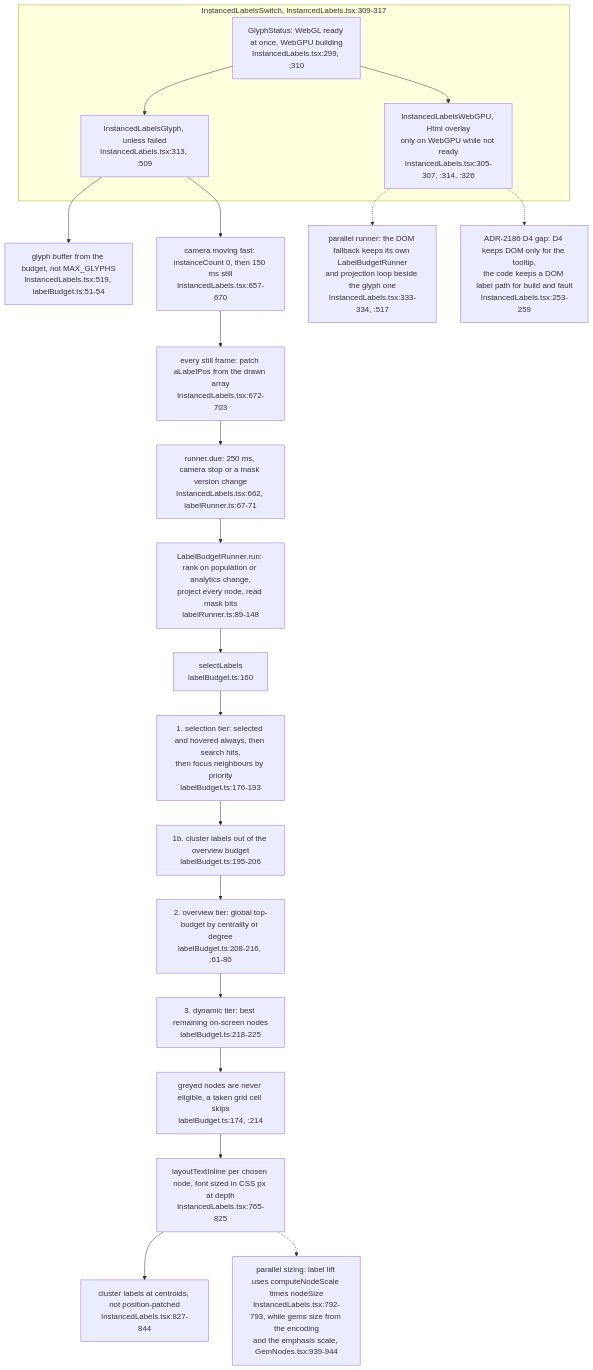
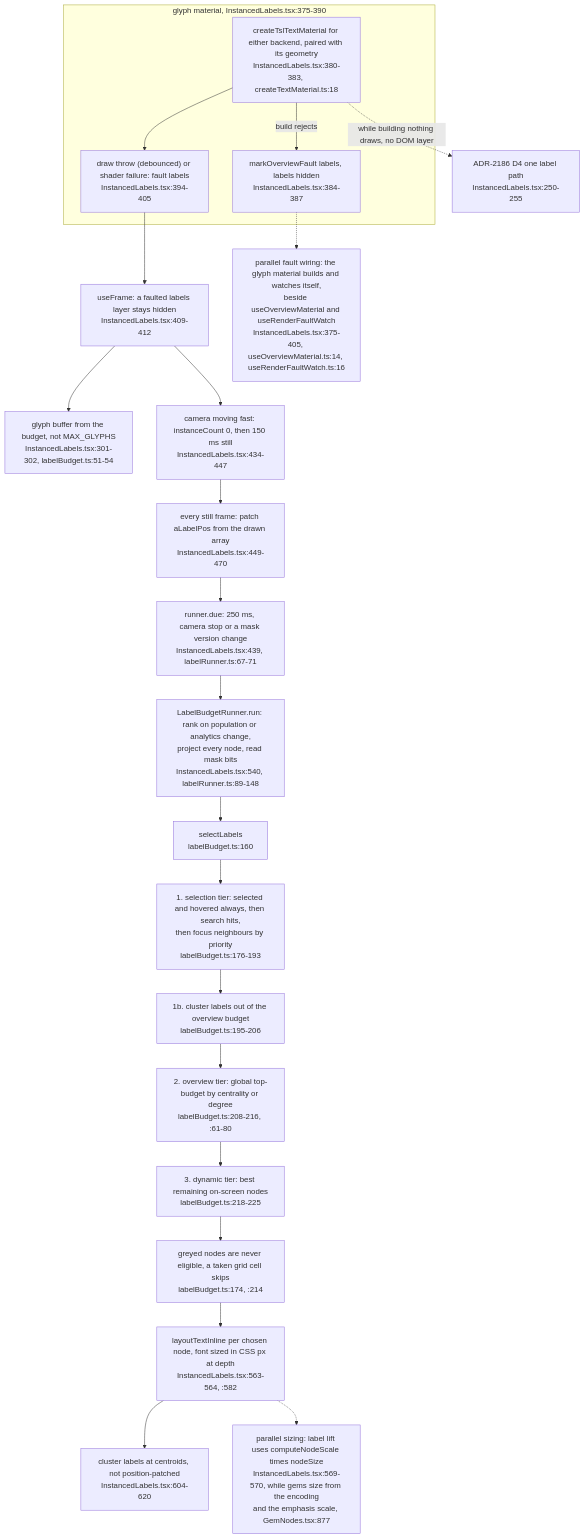
The third of 15 diagrams in docs/diagrams/visionclaw/31-client-graph-render-pipeline.md (DreamLab-AI/VisionFlow), drawn with Mermaid before and after one commit. The commit also changed other lines of this file and 46 other files, not shown here.

Commit message:
docs(diagrams): re-verify VisionClaw topics at 809a859aa/a950f4d80 after the consolidation pass

````diff
--- a/docs/diagrams/visionclaw/31-client-graph-render-pipeline.md
+++ b/docs/diagrams/visionclaw/31-client-graph-render-pipeline.md
@@ -220,24 +225,25 @@
 ```mermaid
 flowchart TB
-    subgraph SW["InstancedLabelsSwitch, InstancedLabels.tsx:309-317"]
-        ST["GlyphStatus: WebGL ready at once, WebGPU building<br/>InstancedLabels.tsx:299, :310"]
-        ST --> GLY["InstancedLabelsGlyph, unless failed<br/>InstancedLabels.tsx:313, :509"]
-        ST --> DOM["InstancedLabelsWebGPU, Html overlay<br/>only on WebGPU while not ready<br/>InstancedLabels.tsx:305-307, :314, :326"]
+    subgraph MATB["glyph material, InstancedLabels.tsx:375-390"]
+        BUILD["createTslTextMaterial for either backend, paired with its geometry<br/>InstancedLabels.tsx:380-383, createTextMaterial.ts:18"]
+        BUILD -->|"build rejects"| BF["markOverviewFault labels, labels hidden<br/>InstancedLabels.tsx:384-387"]
+        BUILD --> WATCH["draw throw (debounced) or shader failure: fault labels<br/>InstancedLabels.tsx:394-405"]
     end
-    GLY --> CAP["glyph buffer from the budget, not MAX_GLYPHS<br/>InstancedLabels.tsx:519, labelBudget.ts:51-54"]
-    GLY --> MOT["camera moving fast: instanceCount 0, then 150 ms still<br/>InstancedLabels.tsx:657-670"]
-    MOT --> PATCH["every still frame: patch aLabelPos from the drawn array<br/>InstancedLabels.tsx:672-703"]
-    PATCH --> DUE["runner.due: 250 ms, camera stop or a mask version change<br/>InstancedLabels.tsx:662, labelRunner.ts:67-71"]
-    DUE --> RUN["LabelBudgetRunner.run: rank on population or analytics change,<br/>project every node, read mask bits<br/>labelRunner.ts:89-148"]
+    WATCH --> GLY["useFrame: a faulted labels layer stays hidden<br/>InstancedLabels.tsx:409-412"]
+    BUILD -.->|"while building nothing draws, no DOM layer"| NOTE0["ADR-2186 D4 one label path<br/>InstancedLabels.tsx:250-255"]
+    GLY --> CAP["glyph buffer from the budget, not MAX_GLYPHS<br/>InstancedLabels.tsx:301-302, labelBudget.ts:51-54"]
+    GLY --> MOT["camera moving fast: instanceCount 0, then 150 ms still<br/>InstancedLabels.tsx:434-447"]
+    MOT --> PATCH["every still frame: patch aLabelPos from the drawn array<br/>InstancedLabels.tsx:449-470"]
+    PATCH --> DUE["runner.due: 250 ms, camera stop or a mask version change<br/>InstancedLabels.tsx:439, labelRunner.ts:67-71"]
+    DUE --> RUN["LabelBudgetRunner.run: rank on population or analytics change,<br/>project every node, read mask bits<br/>InstancedLabels.tsx:540, labelRunner.ts:89-148"]
     RUN --> SEL["selectLabels<br/>labelBudget.ts:160"]
     SEL --> T1["1. selection tier: selected and hovered always, then search hits,<br/>then focus neighbours by priority<br/>labelBudget.ts:176-193"]
     T1 --> T1B["1b. cluster labels out of the overview budget<br/>labelBudget.ts:195-206"]
     T1B --> T2["2. overview tier: global top-budget by centrality or degree<br/>labelBudget.ts:208-216, :61-80"]
     T2 --> T3["3. dynamic tier: best remaining on-screen nodes<br/>labelBudget.ts:218-225"]
     T3 --> GREY["greyed nodes are never eligible, a taken grid cell skips<br/>labelBudget.ts:174, :214"]
-    GREY --> LAY["layoutTextInline per chosen node, font sized in CSS px at depth<br/>InstancedLabels.tsx:765-825"]
-    LAY --> CL["cluster labels at centroids, not position-patched<br/>InstancedLabels.tsx:827-844"]
-    LAY -.-> OFF["parallel sizing: label lift uses computeNodeScale times nodeSize<br/>InstancedLabels.tsx:792-793, while gems size from the encoding<br/>and the emphasis scale, GemNodes.tsx:939-944"]
-    DOM -.-> DUP["parallel runner: the DOM fallback keeps its own LabelBudgetRunner<br/>and projection loop beside the glyph one<br/>InstancedLabels.tsx:333-334, :517"]
-    DOM -.-> TEN["ADR-2186 D4 gap: D4 keeps DOM only for the tooltip,<br/>the code keeps a DOM label path for build and fault<br/>InstancedLabels.tsx:253-259"]
+    GREY --> LAY["layoutTextInline per chosen node, font sized in CSS px at depth<br/>InstancedLabels.tsx:563-564, :582"]
+    LAY --> CL["cluster labels at centroids, not position-patched<br/>InstancedLabels.tsx:604-620"]
+    LAY -.-> OFF["parallel sizing: label lift uses computeNodeScale times nodeSize<br/>InstancedLabels.tsx:569-570, while gems size from the encoding<br/>and the emphasis scale, GemNodes.tsx:877"]
+    BF -.-> DUPF["parallel fault wiring: the glyph material builds and watches itself,<br/>beside useOverviewMaterial and useRenderFaultWatch<br/>InstancedLabels.tsx:375-405, useOverviewMaterial.ts:14, useRenderFaultWatch.ts:16"]
 ```
````
